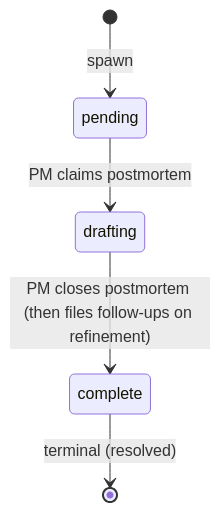
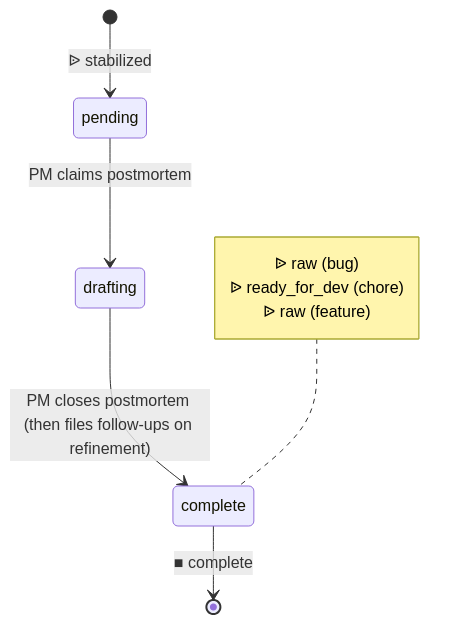
The diagram in examples/workflows/postmortem-states.mermaid (blemees/blemees-workflow), drawn with Mermaid before and after one commit. The commit also changed 28 other files, not shown here.

```diff
--- a/examples/workflows/postmortem-states.mermaid
+++ b/examples/workflows/postmortem-states.mermaid
@@ -1,12 +1,18 @@
 stateDiagram-v2
     direction TB
     %% Cross-process interfaces:
     %%   Spawn:   complete → process (derived from initial_state) (issue_type=bug, initial=raw)
     %%   Spawn:   complete → process inner-loop (issue_type=chore, initial=ready_for_dev)
     %%   Spawn:   complete → process (derived from initial_state) (issue_type=feature, initial=raw)
     %%
 
     pending --> drafting: PM claims postmortem
     drafting --> complete: PM closes postmortem (then files follow-ups on refinement)
-    complete --> [*]: terminal (resolved)
-    [*] --> pending: spawn
+    complete --> [*]: ■ complete
+    [*] --> pending: ᐉ stabilized
+
+    note left of complete
+        ᐉ raw (bug)
+        ᐉ ready_for_dev (chore)
+        ᐉ raw (feature)
+    end note
```
